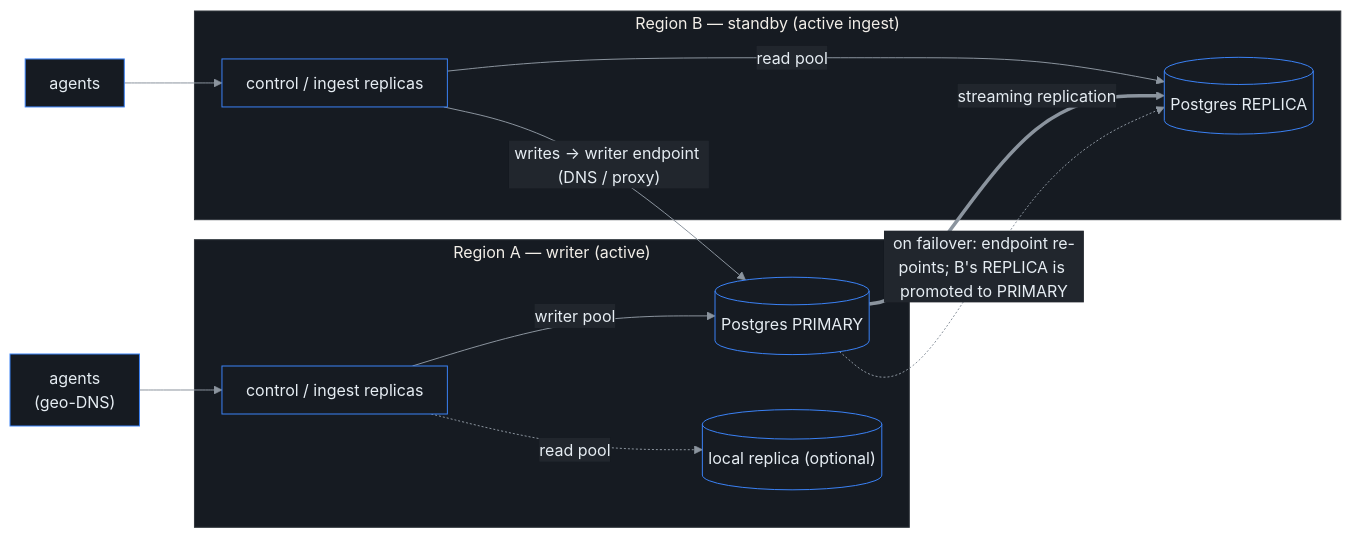
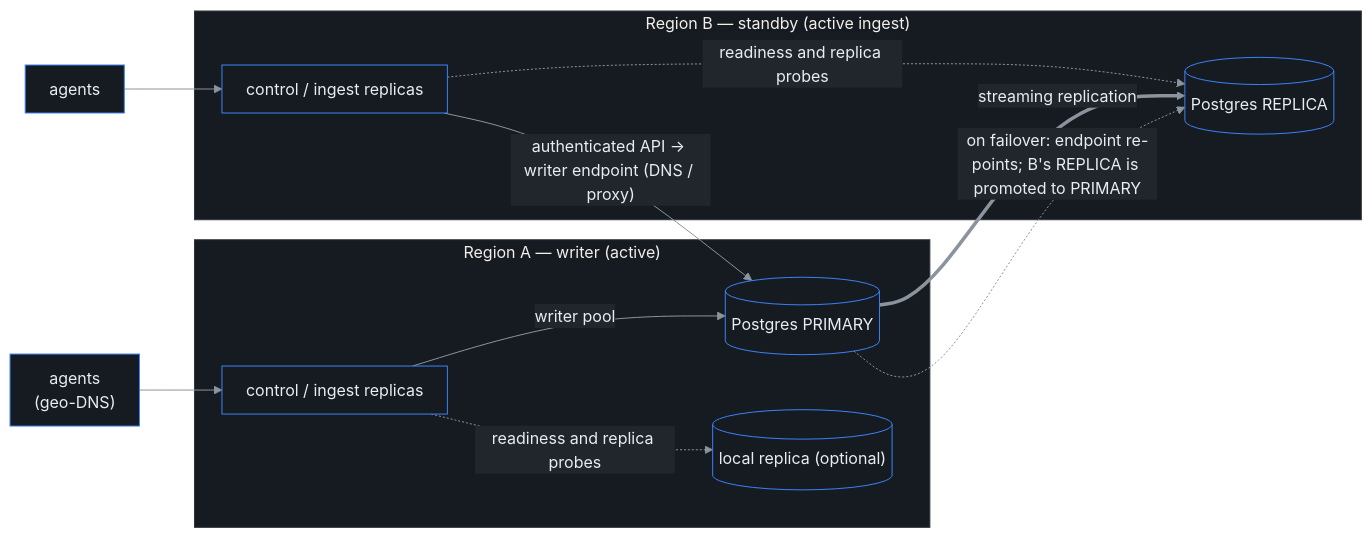
One commit to ctlplne/probectl changed the diagram in docs/multi-region.md. Above: the diagram before and after it, drawn with Mermaid. The commit also changed other lines of this file and 5 other files, not shown here.

First line of the commit message:
docs(ops): describe readiness and authenticated failover checks

````diff
--- a/docs/multi-region.md
+++ b/docs/multi-region.md
@@ -43,23 +43,23 @@
 ```mermaid
 %%{init: {'theme':'base','themeVariables':{'background':'#0d1117','primaryColor':'#161b22','primaryTextColor':'#e6edf3','primaryBorderColor':'#3b82f6','lineColor':'#8b949e','secondaryColor':'#21262d','tertiaryColor':'#0d1117','clusterBkg':'#161b22','clusterBorder':'#30363d','fontFamily':'ui-monospace, SFMono-Regular, Menlo, monospace'},'flowchart':{'curve':'basis','nodeSpacing':55,'rankSpacing':55,'padding':12}}}%%
 flowchart LR
     agentsA["agents<br/>(geo-DNS)"] --> CA
     agentsB["agents"] --> CB
 
     subgraph RA["Region A — writer (active)"]
         CA["control / ingest replicas"]
         PGA[("Postgres PRIMARY")]
         CA -->|writer pool| PGA
-        CA -.->|read pool| RLA[("local replica (optional)")]
+        CA -.->|readiness and replica probes| RLA[("local replica (optional)")]
     end
 
     subgraph RB["Region B — standby (active ingest)"]
         CB["control / ingest replicas"]
         RLB[("Postgres REPLICA")]
-        CB -->|read pool| RLB
+        CB -.->|readiness and replica probes| RLB
     end
 
-    CB -->|"writes → writer endpoint (DNS / proxy)"| PGA
+    CB -->|"authenticated API → writer endpoint (DNS / proxy)"| PGA
     PGA ==>|streaming replication| RLB
     PGA -. "on failover: endpoint re-points; B's REPLICA is promoted to PRIMARY" .-> RLB
 ```
````
